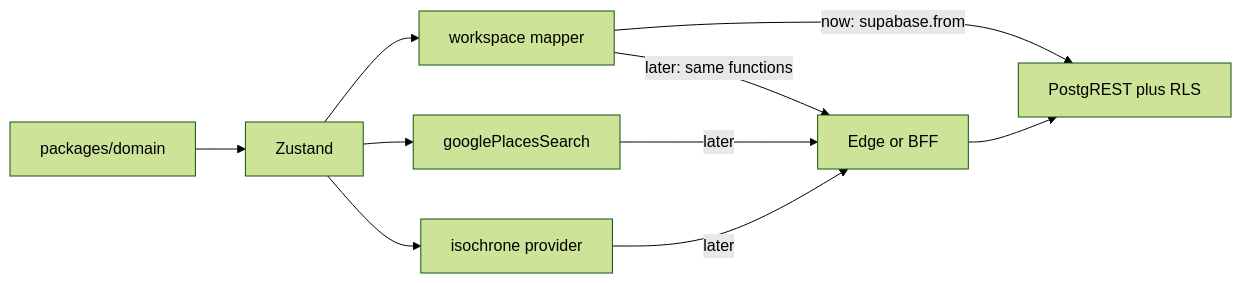
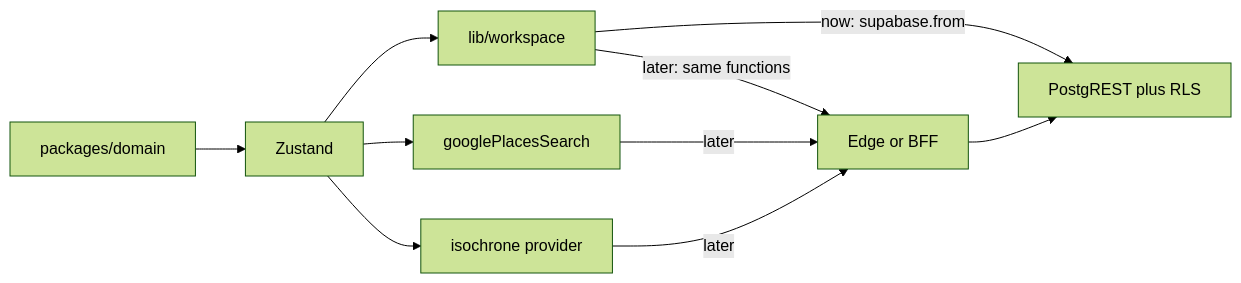
One commit to louismcohen/map-layers changed the fifth of 5 diagrams in .cursor/plans/supabase_multi-user_persist_a682fa84.plan.md. Above: the diagram before and after it, drawn with Mermaid (forest theme). The commit also changed other lines of this file and 5 other files, not shown here.

Commit message:
Update pnpm-lock.yaml to include new Supabase packages and their dependencies. Modify architecture documentation to reflect changes in Supabase client usage and file structure. Enhance component configuration with new menu properties and registries for improved UI integration.

````diff
--- a/.cursor/plans/supabase_multi-user_persist_a682fa84.plan.md
+++ b/.cursor/plans/supabase_multi-user_persist_a682fa84.plan.md
@@ -227,17 +341,17 @@
 ```mermaid
 flowchart LR
   Domain[packages/domain]
   Store[Zustand]
-  Mapper[workspace mapper]
+  Mapper[lib/workspace]
   Search[googlePlacesSearch]
   Iso[isochrone provider]
   Domain --> Store
   Store --> Mapper
   Store --> Search
   Store --> Iso
   Mapper -->|"now: supabase.from"| PG[PostgREST plus RLS]
   Mapper -->|"later: same functions"| API[Edge or BFF]
   Search -->|"later"| API
   Iso -->|"later"| API
   API --> PG
 ```
````
